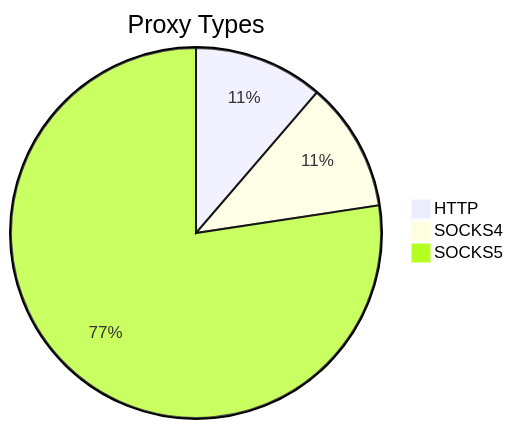
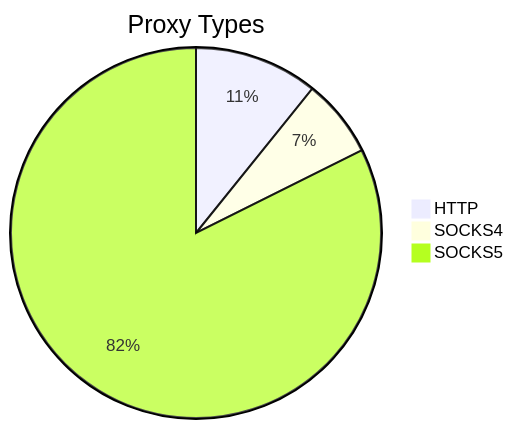
The first of 2 diagrams in README.md (stormsia/proxy-list), drawn with Mermaid before and after one commit. The commit also changed other lines of this file, not shown here.

````diff
--- a/README.md
+++ b/README.md
@@ -21,6 +21,6 @@
 ```mermaid
 pie title Proxy Types
-    "HTTP" : 39
-    "SOCKS4" : 39
-    "SOCKS5" : 267
+    "HTTP" : 235
+    "SOCKS4" : 149
+    "SOCKS5" : 1793
 ```
````
